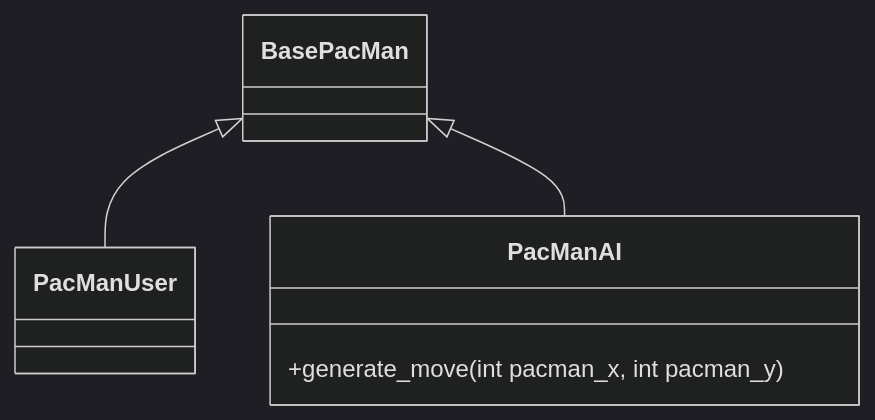
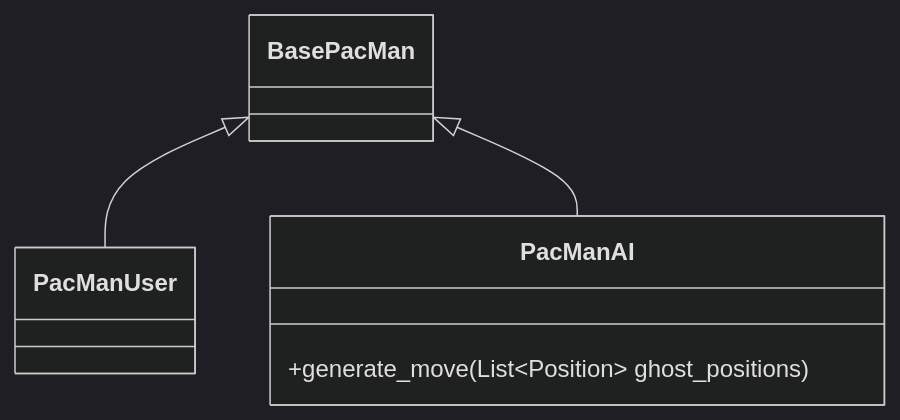
The third of 6 diagrams in core/structure.md (GrandTiger1729/pac-man), drawn with Mermaid (dark theme) before and after one commit. The commit also changed other lines of this file, not shown here.

````diff
--- a/core/structure.md
+++ b/core/structure.md
@@ -36,16 +58,16 @@
 ```mermaid
 classDiagram
 
     class BasePacMan {
 
     }
     class PacManUser {
 
     }
     class PacManAI {
-        +generate_move(int pacman_x, int pacman_y)
+        +generate_move(List~Position~ ghost_positions)
     }
 
     BasePacMan <|-- PacManUser
     BasePacMan <|-- PacManAI
 ```
````
